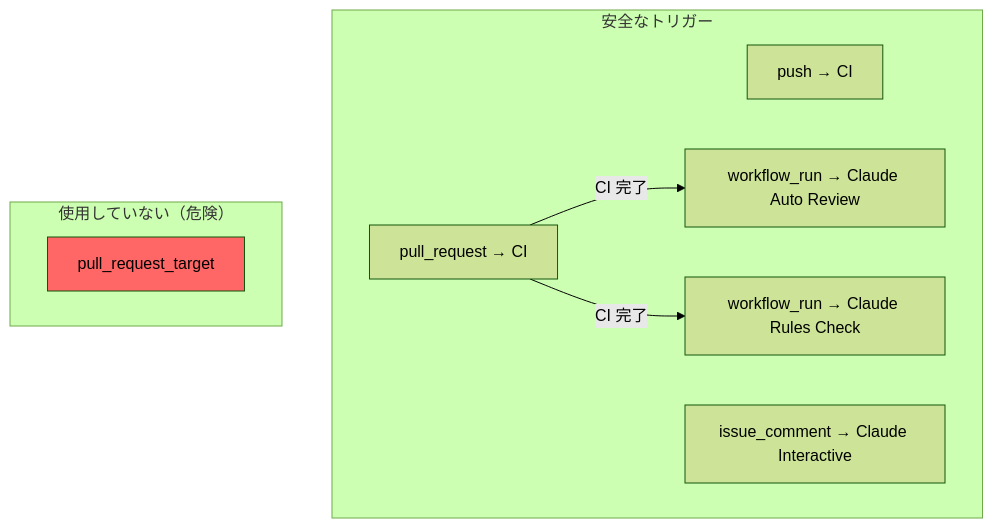
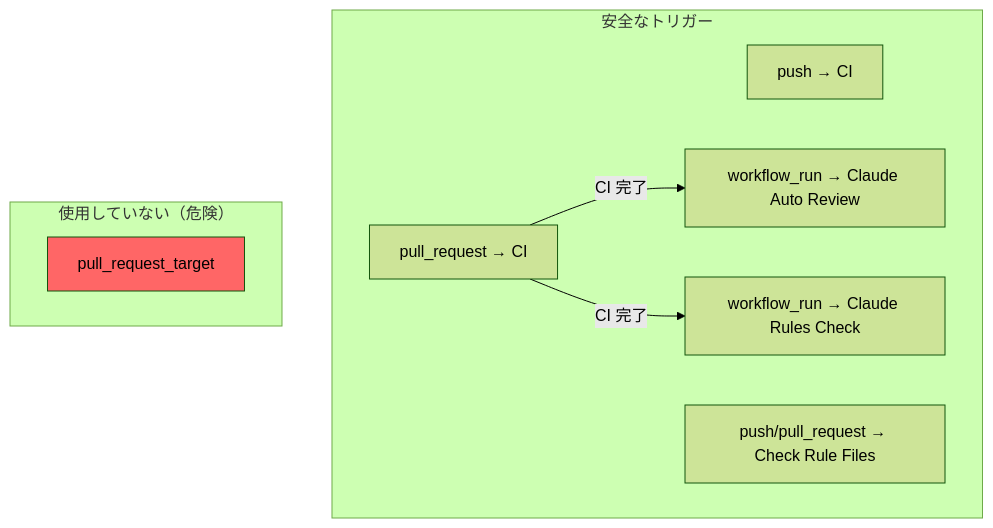
One commit to ka2kama/ringiflow changed the fifth of 5 diagrams in docs/06_ナレッジベース/devtools/GitHub_公開リポジトリのセキュリティモデル.md. Above: the diagram before and after it, drawn with Mermaid (forest theme). The commit also changed other lines of this file, not shown here.

````diff
--- a/docs/06_ナレッジベース/devtools/GitHub_公開リポジトリのセキュリティモデル.md
+++ b/docs/06_ナレッジベース/devtools/GitHub_公開リポジトリのセキュリティモデル.md
@@ -221,18 +221,18 @@
 ```mermaid
 flowchart TD
     subgraph "安全なトリガー"
         A["push → CI"]
         B["pull_request → CI"]
         C["workflow_run → Claude Auto Review"]
         D["workflow_run → Claude Rules Check"]
-        E["issue_comment → Claude Interactive"]
+        E["push/pull_request → Check Rule Files"]
     end
 
     subgraph "使用していない（危険）"
         style F fill:#ff6666,color:#000
         F["pull_request_target"]
     end
 
     B -->|CI 完了| C
     B -->|CI 完了| D
 ```
````
